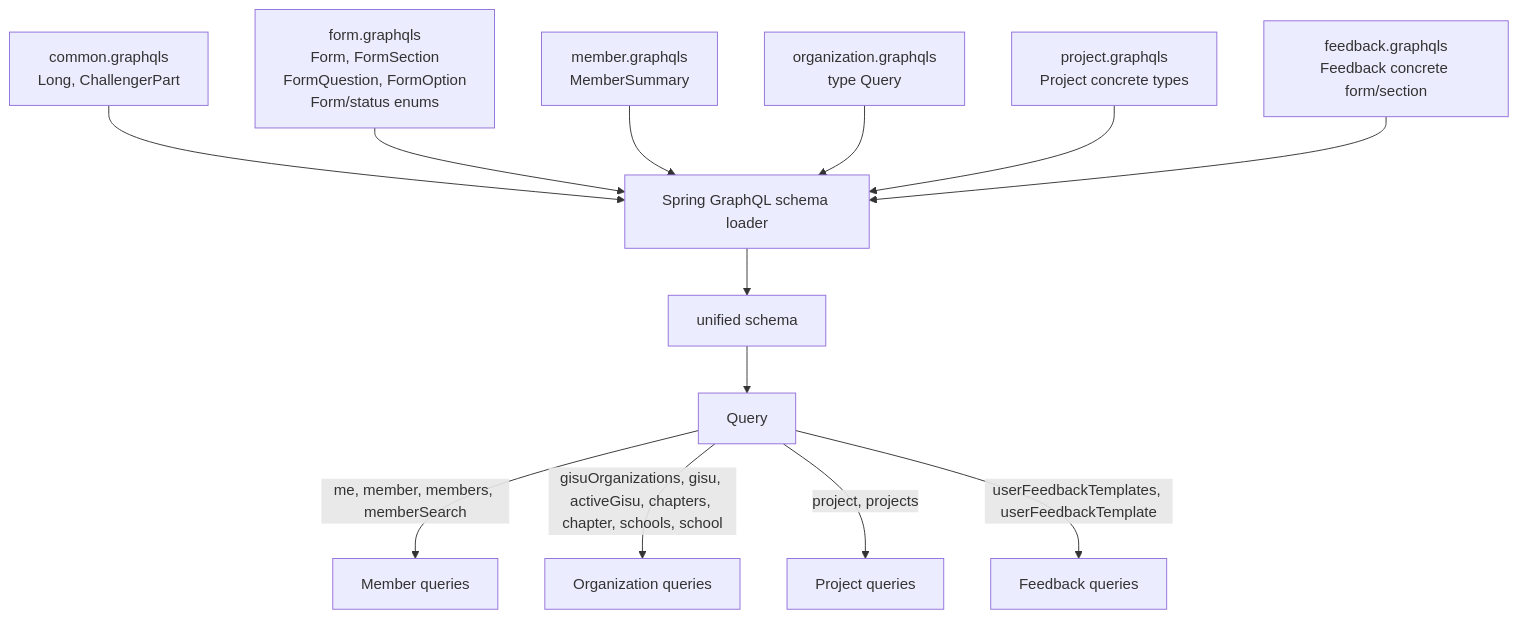
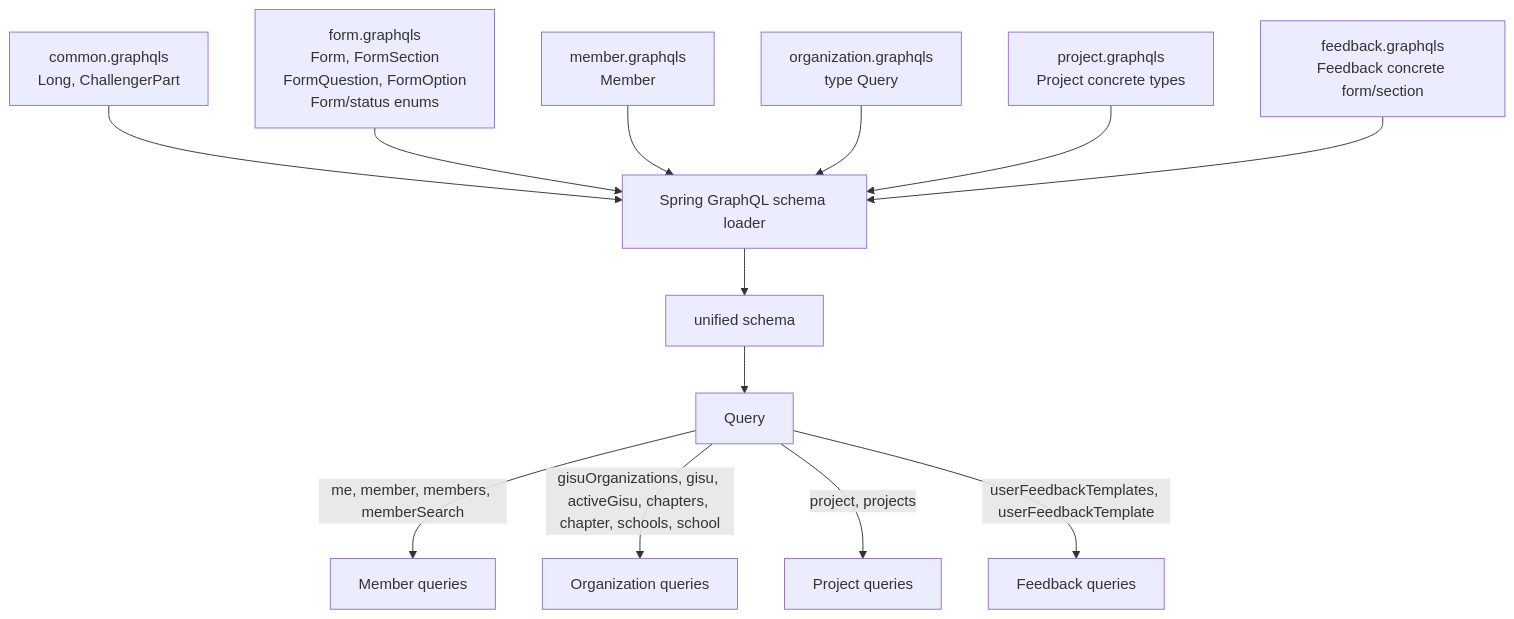
The first of 4 diagrams in docs/graphql-schema.md (UMC-PRODUCT/cygnus-server), drawn with Mermaid before and after one commit. The commit also changed other lines of this file and 5 other files, not shown here.

Commit message:
docs: organize graphql onboarding guides

````diff
--- a/docs/graphql-schema.md
+++ b/docs/graphql-schema.md
@@ -20,20 +20,20 @@
 ```mermaid
 flowchart TD
   Loader["Spring GraphQL schema loader"] --> Schema["unified schema"]
   Common["common.graphqls<br/>Long, ChallengerPart"] --> Loader
   FormFile["form.graphqls<br/>Form, FormSection<br/>FormQuestion, FormOption<br/>Form/status enums"] --> Loader
-  MemberFile["member.graphqls<br/>MemberSummary"] --> Loader
+  MemberFile["member.graphqls<br/>Member"] --> Loader
   OrganizationFile["organization.graphqls<br/>type Query"] --> Loader
   ProjectFile["project.graphqls<br/>Project concrete types"] --> Loader
   FeedbackFile["feedback.graphqls<br/>Feedback concrete form/section"] --> Loader
 
   Schema --> Query["Query"]
   Member["Member queries"]
   Organization["Organization queries"]
   Project["Project queries"]
   Feedback["Feedback queries"]
   Query -->|"me, member, members, memberSearch"| Member
   Query -->|"gisuOrganizations, gisu, activeGisu, chapters, chapter, schools, school"| Organization
   Query -->|"project, projects"| Project
   Query -->|"userFeedbackTemplates, userFeedbackTemplate"| Feedback
 ```
````
